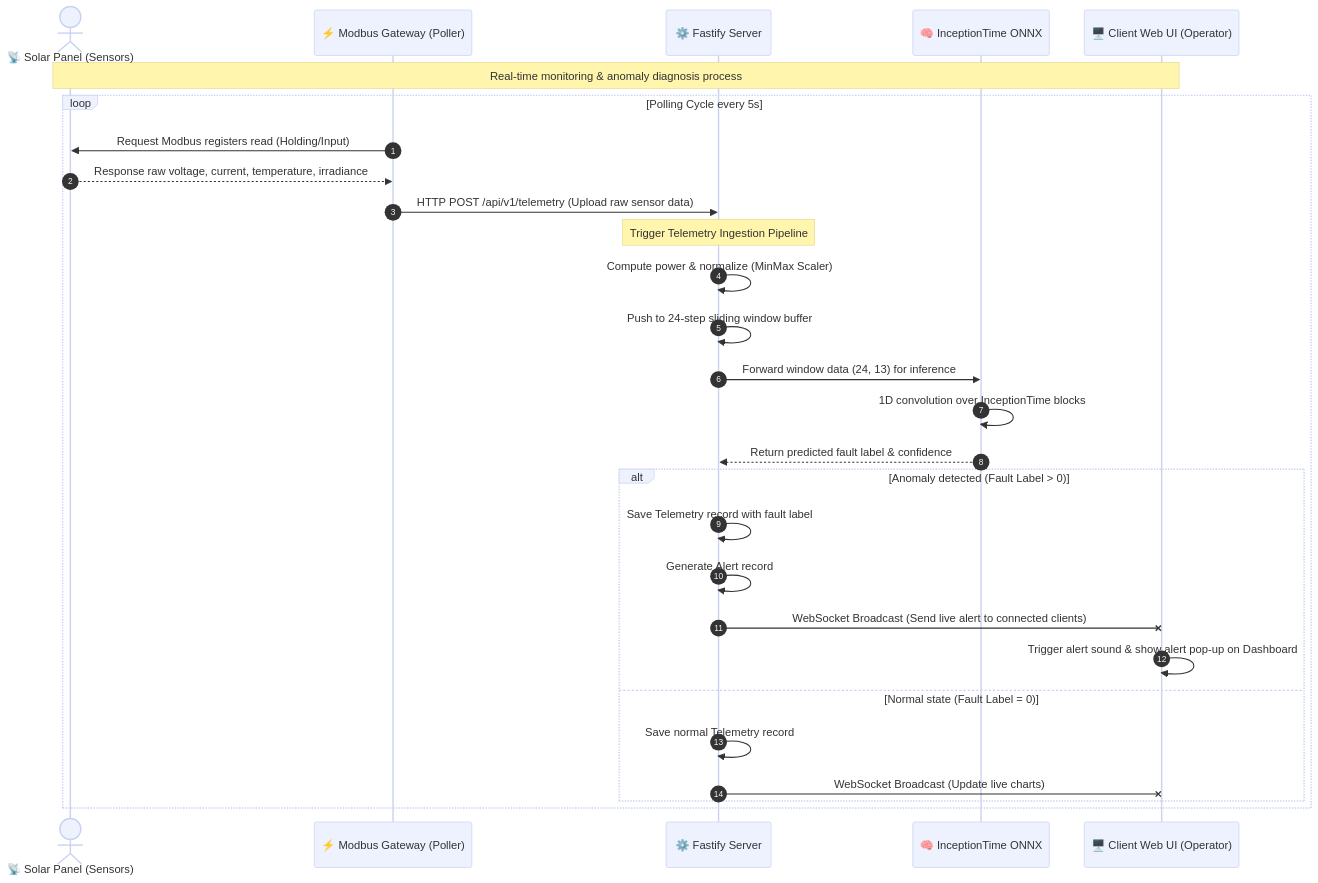
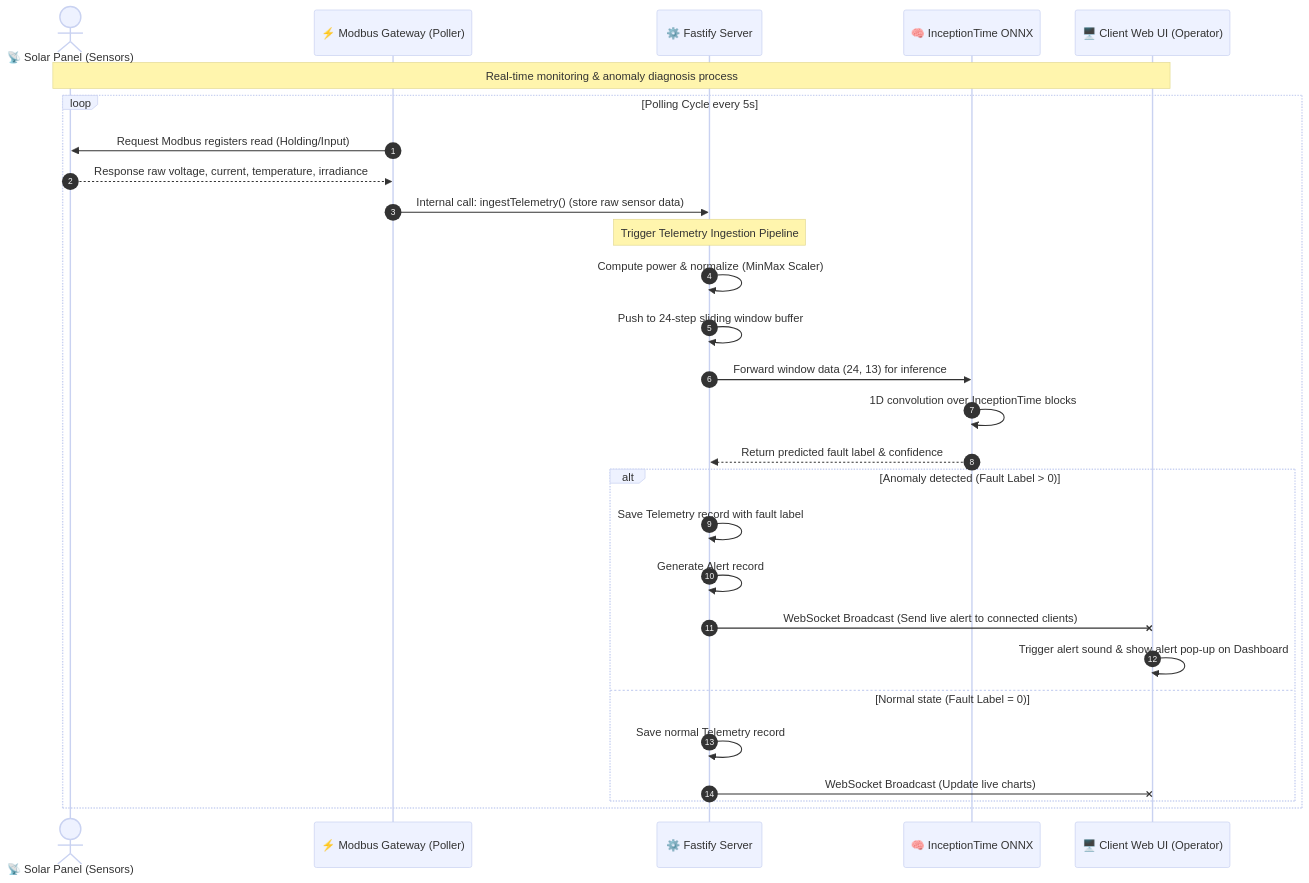
One commit to dunglt69/solar-anomaly-detection changed the diagram in diagrams/6_swimlane_diagram.md. Above: the diagram before and after it, drawn with Mermaid. The commit also changed 16 other files, not shown here.

First line of the commit message:
docs: fix README & diagrams to match codebase

````diff
--- a/diagrams/6_swimlane_diagram.md
+++ b/diagrams/6_swimlane_diagram.md
@@ -3,34 +3,34 @@
 ```mermaid
 %%{init: {'theme': 'base', 'themeVariables': { 'primaryColor': '#EEF2FF', 'edgeLabelBackground':'#FFFFFF'}}}%%
 sequenceDiagram
   autonumber
   actor Panel as 📡 Solar Panel (Sensors)
   participant Gateway as ⚡ Modbus Gateway (Poller)
   participant Backend as ⚙️ Fastify Server
   participant AI as 🧠 InceptionTime ONNX
   participant UI as 🖥️ Client Web UI (Operator)
 
   Note over Panel, UI: Real-time monitoring & anomaly diagnosis process
   
   loop Polling Cycle every 5s
       Gateway->>Panel: Request Modbus registers read (Holding/Input)
       Panel-->>Gateway: Response raw voltage, current, temperature, irradiance
-      Gateway->>Backend: HTTP POST /api/v1/telemetry (Upload raw sensor data)
+      Gateway->>Backend: Internal call: ingestTelemetry() (store raw sensor data)
       Note over Backend: Trigger Telemetry Ingestion Pipeline
       Backend->>Backend: Compute power & normalize (MinMax Scaler)
       Backend->>Backend: Push to 24-step sliding window buffer
       Backend->>AI: Forward window data (24, 13) for inference
       AI->>AI: 1D convolution over InceptionTime blocks
       AI-->>Backend: Return predicted fault label & confidence
       
       alt Anomaly detected (Fault Label > 0)
           Backend->>Backend: Save Telemetry record with fault label
           Backend->>Backend: Generate Alert record
           Backend-xUI: WebSocket Broadcast (Send live alert to connected clients)
           UI->>UI: Trigger alert sound & show alert pop-up on Dashboard
       else Normal state (Fault Label = 0)
           Backend->>Backend: Save normal Telemetry record
           Backend-xUI: WebSocket Broadcast (Update live charts)
       end
   end
 ```
````
